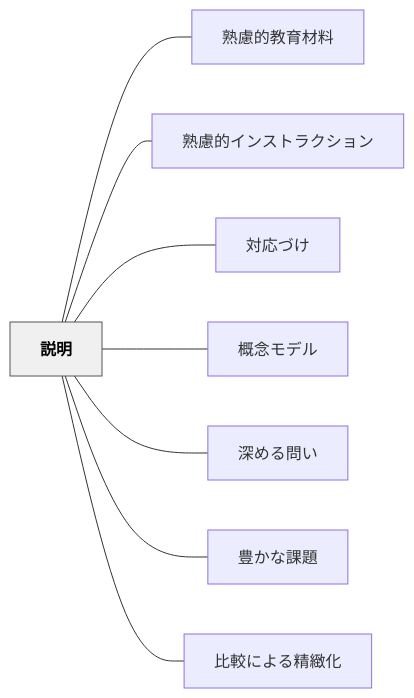
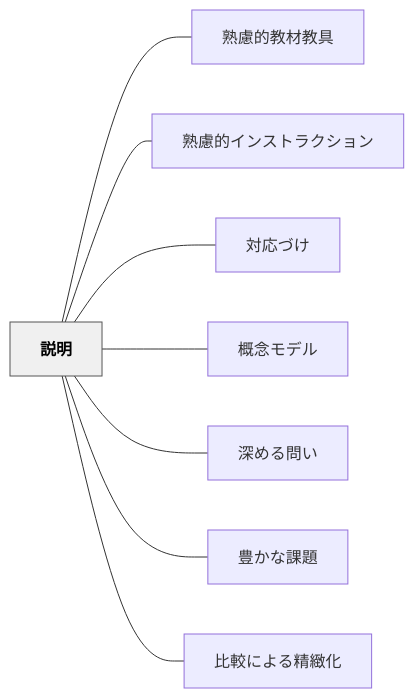
The diagram in content/パタン/説明.md (unknownthings-ed-patterns/unknownthings-ed-patterns), drawn with Mermaid before and after one commit. The commit also changed other lines of this file and 72 other files, not shown here.

````diff
--- a/content/パタン/説明.md
+++ b/content/パタン/説明.md
@@ -49,22 +49,22 @@
 ```mermaid
 flowchart LR
     ne8aaace6988e["説明"]
-    ne7869fe685aee79a84e69599e882b2e69d90e69699["熟慮的教育材料"]
+    ne7869fe685aee79a84e69599e69d90e69599e585b7["熟慮的教材教具"]
     ne7869fe685aee79a84e382a4e383b3e382b9e38388e383a9e382afe382b7e383a7e383b3["熟慮的インストラクション"]
     ne5afbee5bf9ce381a5e38191["対応づけ"]
     ne6a682e5bfb5e383a2e38387e383ab["概念モデル"]
     ne6b7b1e38281e3828be5958fe38184["深める問い"]
     ne8b18ae3818be381aae8aab2e9a18c["豊かな課題"]
     ne6af94e8bc83e381abe38288e3828be7b2bee7b7bbe58c96["比較による精緻化"]
 
-    ne8aaace6988e --- ne7869fe685aee79a84e69599e882b2e69d90e69699
+    ne8aaace6988e --- ne7869fe685aee79a84e69599e69d90e69599e585b7
     ne8aaace6988e --- ne7869fe685aee79a84e382a4e383b3e382b9e38388e383a9e382afe382b7e383a7e383b3
     ne8aaace6988e --- ne5afbee5bf9ce381a5e38191
     ne8aaace6988e --- ne6a682e5bfb5e383a2e38387e383ab
     ne8aaace6988e --- ne6b7b1e38281e3828be5958fe38184
     ne8aaace6988e --- ne8b18ae3818be381aae8aab2e9a18c
     ne8aaace6988e --- ne6af94e8bc83e381abe38288e3828be7b2bee7b7bbe58c96
 
     classDef hub fill:#f0f0f0,stroke:#555,color:#000,font-weight:bold
     class ne8aaace6988e hub
 ```
````
